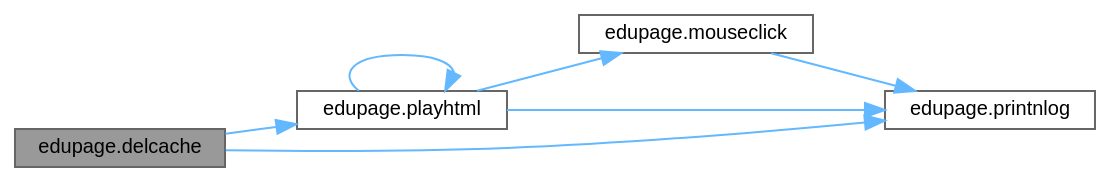
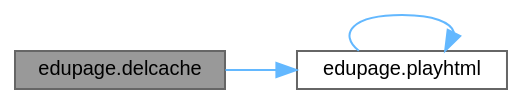
Before and after one commit to GrenManSK/ZnamE: the diagram in d0/d52/namespaceedupage_af3edba33bdd8d0c84716b44bce6cfcd6_cgraph.dot, drawn with Graphviz. The commit also changed 273 other files, not shown here.

```diff
--- a/d0/d52/namespaceedupage_af3edba33bdd8d0c84716b44bce6cfcd6_cgraph.dot
+++ b/d0/d52/namespaceedupage_af3edba33bdd8d0c84716b44bce6cfcd6_cgraph.dot
@@ -1,18 +1,12 @@
 digraph "edupage.delcache"
 {
  // LATEX_PDF_SIZE
   bgcolor="transparent";
   edge [fontname=Helvetica,fontsize=10,labelfontname=Helvetica,labelfontsize=10];
   node [fontname=Helvetica,fontsize=10,shape=box,height=0.2,width=0.4];
   rankdir="LR";
   Node1 [label="edupage.delcache",height=0.2,width=0.4,color="gray40", fillcolor="grey60", style="filled", fontcolor="black",tooltip=" "];
   Node1 -> Node2 [color="steelblue1",style="solid"];
   Node2 [label="edupage.playhtml",height=0.2,width=0.4,color="grey40", fillcolor="white", style="filled",URL="$d0/d52/namespaceedupage.html#a33f41efcd3eb007421b3e63b542940ba",tooltip=" "];
-  Node2 -> Node3 [color="steelblue1",style="solid"];
-  Node3 [label="edupage.mouseclick",height=0.2,width=0.4,color="grey40", fillcolor="white", style="filled",URL="$d0/d52/namespaceedupage.html#a0eee3180683567b64fe264addfa697aa",tooltip=" "];
-  Node3 -> Node4 [color="steelblue1",style="solid"];
-  Node4 [label="edupage.printnlog",height=0.2,width=0.4,color="grey40", fillcolor="white", style="filled",URL="$d0/d52/namespaceedupage.html#a2adafa3eaf38d32da372310443e999f3",tooltip=" "];
   Node2 -> Node2 [color="steelblue1",style="solid"];
-  Node2 -> Node4 [color="steelblue1",style="solid"];
-  Node1 -> Node4 [color="steelblue1",style="solid"];
 }
```
